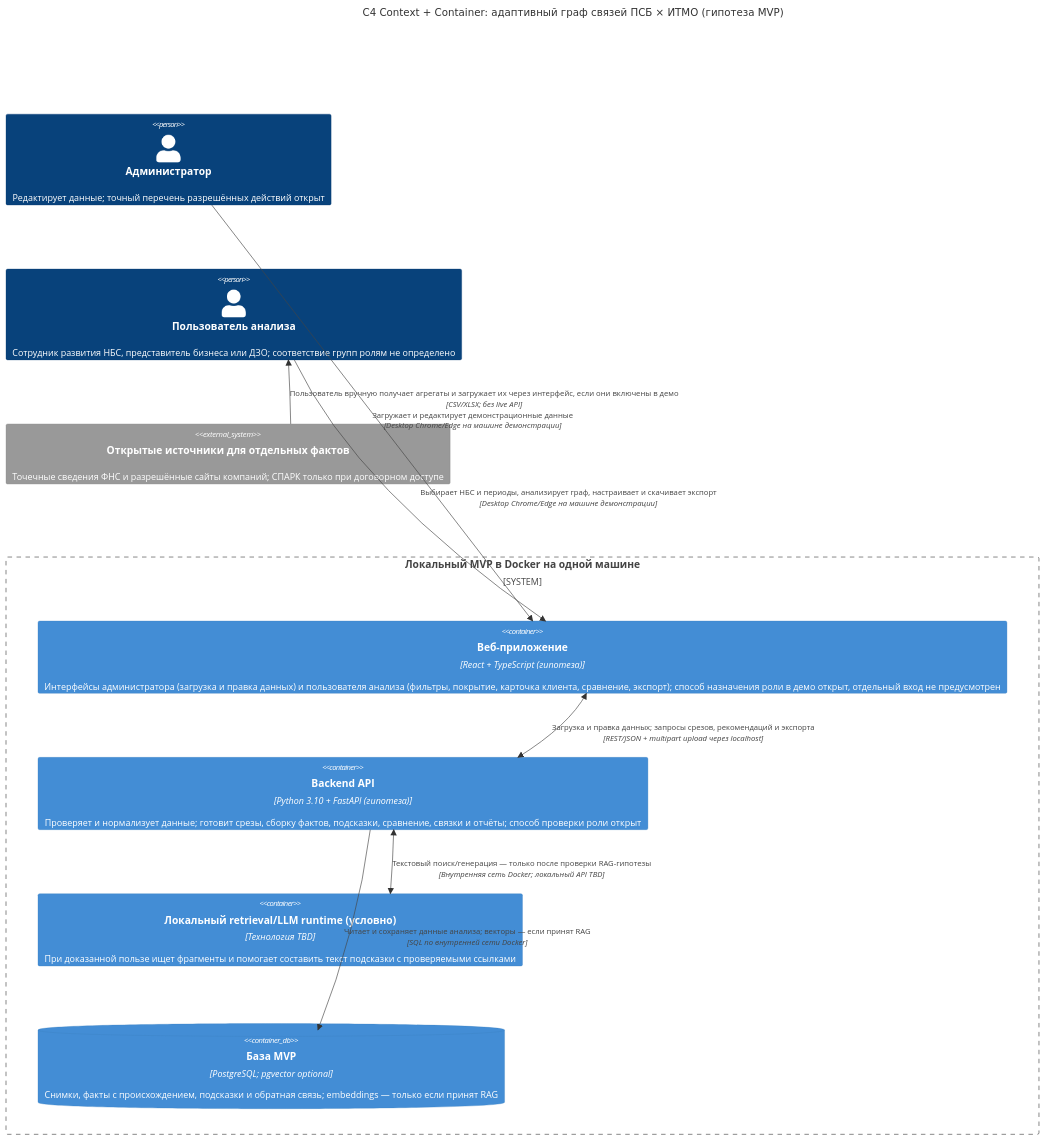
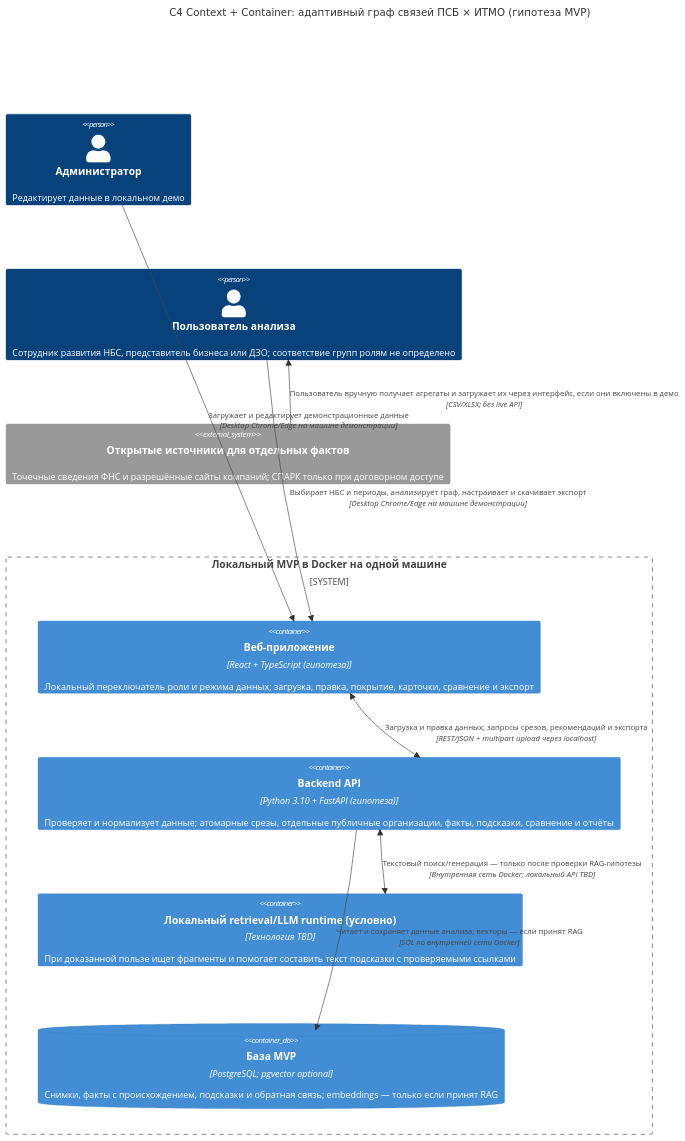
One commit to Konscig/psb-adaptive-graph changed the diagram in artifacts/c4-architecture.md. Above: the diagram before and after it, drawn with Mermaid. The commit also changed other lines of this file and 6 other files, not shown here.

````diff
--- a/artifacts/c4-architecture.md
+++ b/artifacts/c4-architecture.md
@@ -36,22 +40,22 @@
 ```mermaid
 C4Context
     title C4 Context + Container: адаптивный граф связей ПСБ × ИТМО (гипотеза MVP)
 
-    Person(admin, "Администратор", "Редактирует данные; точный перечень разрешённых действий открыт")
+    Person(admin, "Администратор", "Редактирует данные в локальном демо")
     Person(user, "Пользователь анализа", "Сотрудник развития НБС, представитель бизнеса или ДЗО; соответствие групп ролям не определено")
     System_Ext(openData, "Открытые источники для отдельных фактов", "Точечные сведения ФНС и разрешённые сайты компаний; СПАРК только при договорном доступе")
 
     System_Boundary(mvp, "Локальный MVP в Docker на одной машине") {
-        Container(web, "Веб-приложение", "React + TypeScript (гипотеза)", "Интерфейсы администратора (загрузка и правка данных) и пользователя анализа (фильтры, покрытие, карточка клиента, сравнение, экспорт); способ назначения роли в демо открыт, отдельный вход не предусмотрен")
-        Container(api, "Backend API", "Python 3.10 + FastAPI (гипотеза)", "Проверяет и нормализует данные; готовит срезы, сборку фактов, подсказки, сравнение, связки и отчёты; способ проверки роли открыт")
+        Container(web, "Веб-приложение", "React + TypeScript (гипотеза)", "Локальный переключатель роли и режима данных; загрузка, правка, покрытие, карточки, сравнение и экспорт")
+        Container(api, "Backend API", "Python 3.10 + FastAPI (гипотеза)", "Проверяет и нормализует данные; атомарные срезы, отдельные публичные организации, факты, подсказки, сравнение и отчёты")
         Container(model, "Локальный retrieval/LLM runtime (условно)", "Технология TBD", "При доказанной пользе ищет фрагменты и помогает составить текст подсказки с проверяемыми ссылками")
         ContainerDb(db, "База MVP", "PostgreSQL; pgvector optional", "Снимки, факты с происхождением, подсказки и обратная связь; embeddings — только если принят RAG")
     }
 
     Rel(admin, web, "Загружает и редактирует демонстрационные данные", "Desktop Chrome/Edge на машине демонстрации")
     Rel(user, web, "Выбирает НБС и периоды, анализирует граф, настраивает и скачивает экспорт", "Desktop Chrome/Edge на машине демонстрации")
     BiRel(web, api, "Загрузка и правка данных; запросы срезов, рекомендаций и экспорта", "REST/JSON + multipart upload через localhost")
     BiRel(api, model, "Текстовый поиск/генерация — только после проверки RAG-гипотезы", "Внутренняя сеть Docker; локальный API TBD")
     Rel(api, db, "Читает и сохраняет данные анализа; векторы — если принят RAG", "SQL по внутренней сети Docker")
     Rel(openData, user, "Пользователь вручную получает агрегаты и загружает их через интерфейс, если они включены в демо", "CSV/XLSX; без live API")
 ```
````
